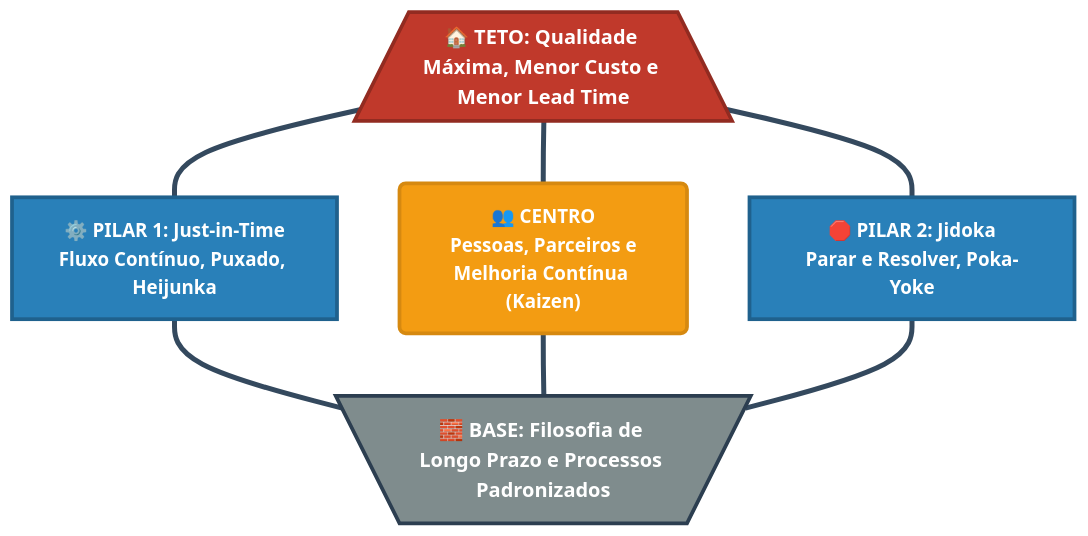
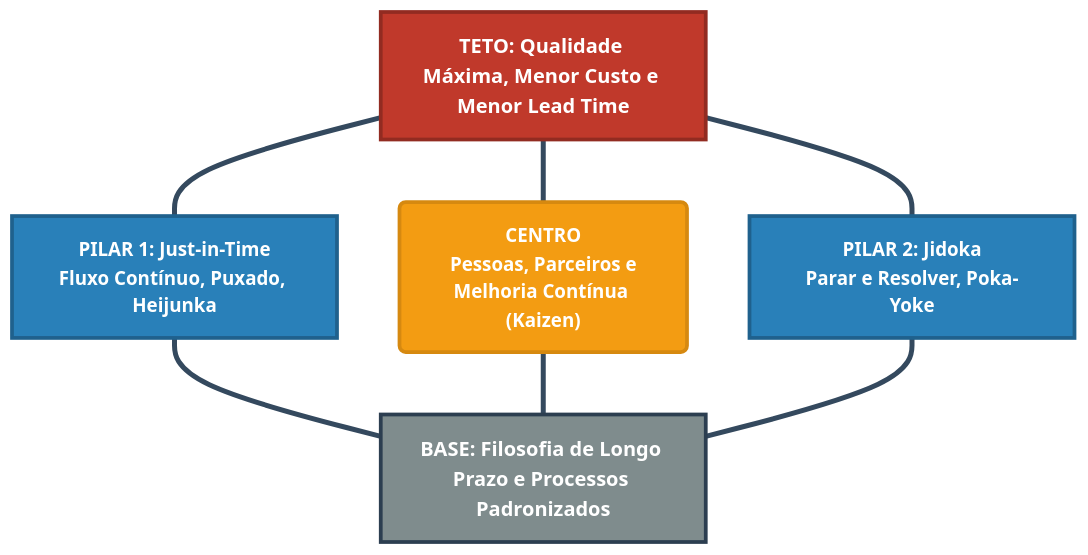
Before and after one commit to rafasfer2/MiningAnalyticsBook: the second of 10 diagrams in chapters/cap2-modelos-gestao.qmd, drawn with Mermaid. The commit also changed other lines of this file and 3 other files, not shown here.

Commit message:
Cap2: corrigir render dos diagramas Mermaid e atualizar output

````diff
--- a/chapters/cap2-modelos-gestao.qmd
+++ b/chapters/cap2-modelos-gestao.qmd
@@ -354,42 +374,42 @@
 ```{mermaid}
 %%| label: fig-casa-tps
 %%| fig-cap: "A Casa do Sistema Toyota de Produção (TPS)"
 
 flowchart TD
     %% --- CONFIGURAÇÃO DE ESTILOS (Garantindo letras grandes e cores sólidas) ---
     classDef teto fill:#c0392b,stroke:#922b21,stroke-width:3px,color:#ffffff,font-size:16px,font-weight:bold
     classDef pilar fill:#2980b9,stroke:#1f618d,stroke-width:3px,color:#ffffff,font-size:15px,font-weight:bold
     classDef centro fill:#f39c12,stroke:#d68910,stroke-width:3px,color:#ffffff,font-size:15px,font-weight:bold
     classDef base fill:#7f8c8d,stroke:#2c3e50,stroke-width:3px,color:#ffffff,font-size:16px,font-weight:bold
 
     %% --- ESTRUTURA DA CASA (Formas Especiais) ---
 
-    %% TETO: Usando Trapézio [/ \]
-    T[/"🏠 TETO: Qualidade Máxima, Menor Custo e Menor Lead Time"\]
+    %% TETO
+    T["TETO: Qualidade Máxima, Menor Custo e Menor Lead Time"]
 
-    %% PILARES E CENTRO: Retângulos e Bordas Arredondadas (usando <br> no lugar de \n)
-    P1["⚙️ PILAR 1: Just-in-Time<br>Fluxo Contínuo, Puxado, Heijunka"]
-    C("👥 CENTRO<br>Pessoas, Parceiros e<br>Melhoria Contínua (Kaizen)")
-    P2["🛑 PILAR 2: Jidoka<br>Parar e Resolver, Poka-Yoke"]
+    %% PILARES E CENTRO
+    P1["PILAR 1: Just-in-Time<br/>Fluxo Contínuo, Puxado, Heijunka"]
+    C("CENTRO<br/>Pessoas, Parceiros e<br/>Melhoria Contínua (Kaizen)")
+    P2["PILAR 2: Jidoka<br/>Parar e Resolver, Poka-Yoke"]
 
-    %% BASE: Usando Trapézio Invertido [\ /]
-    B[\"🧱 BASE: Filosofia de Longo Prazo e Processos Padronizados"/]
+    %% BASE
+    B["BASE: Filosofia de Longo Prazo e Processos Padronizados"]
 
     %% --- CONEXÕES (As Vigas da Casa) ---
     T --- P1
     T --- C
     T --- P2
 
     P1 --- B
     C --- B
     P2 --- B
 
     %% Engrossando as linhas para parecerem estrutura física
     linkStyle default stroke:#34495e,stroke-width:4px
 
     %% --- APLICAÇÃO DOS ESTILOS ---
     class T teto;
     class P1,P2 pilar;
     class C centro;
     class B base;
 ```
````
